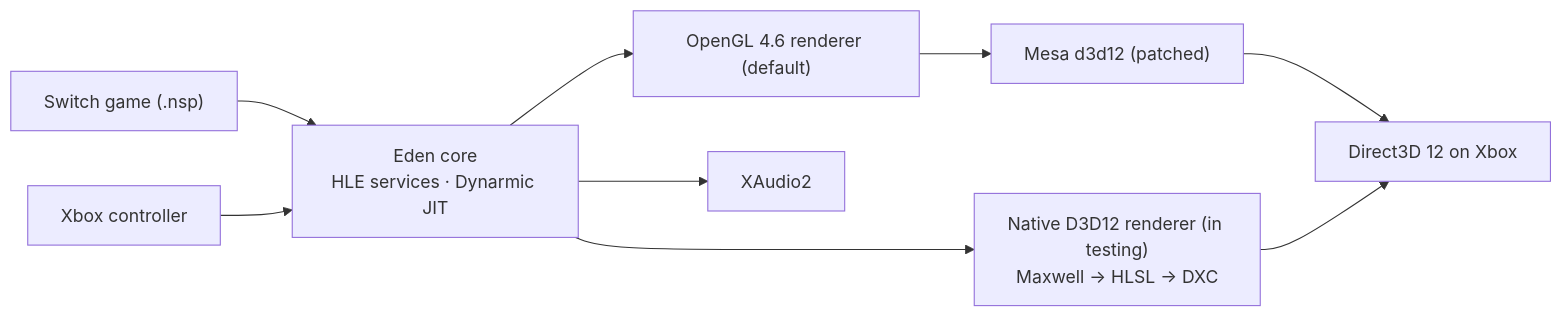
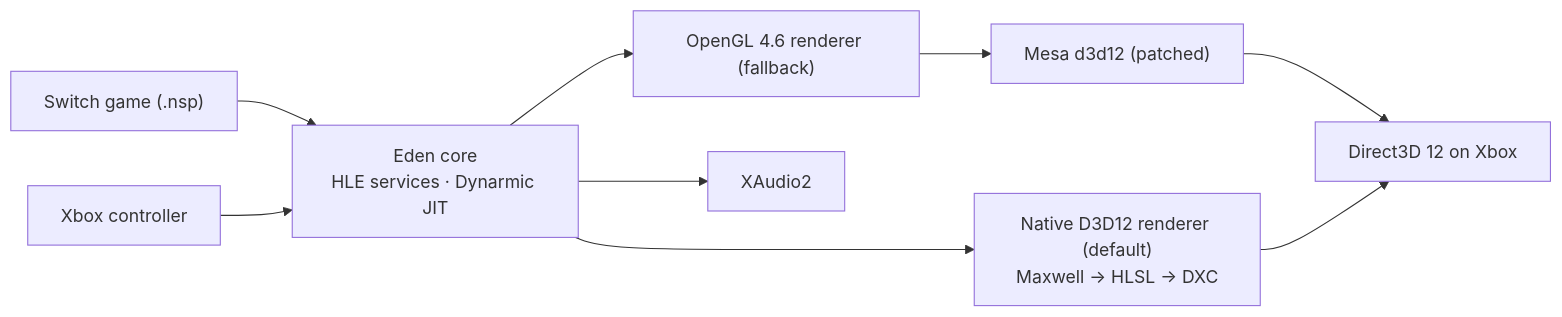
Before and after one commit to DasEtwa/NXbox: the diagram in README.md, drawn with Mermaid. The commit also changed other lines of this file, not shown here.

````diff
--- a/README.md
+++ b/README.md
@@ -135,11 +148,11 @@
 ```mermaid
 flowchart LR
     game["Switch game (.nsp)"] --> core["Eden core<br/>HLE services · Dynarmic JIT"]
-    core --> gl["OpenGL 4.6 renderer (default)"]
+    core --> gl["OpenGL 4.6 renderer (fallback)"]
     gl --> mesa["Mesa d3d12 (patched)"]
     mesa --> d3d["Direct3D 12 on Xbox"]
-    core --> native["Native D3D12 renderer (in testing)<br/>Maxwell → HLSL → DXC"]
+    core --> native["Native D3D12 renderer (default)<br/>Maxwell → HLSL → DXC"]
     native --> d3d
     core --> audio["XAudio2"]
     pad["Xbox controller"] --> core
 ```
````
